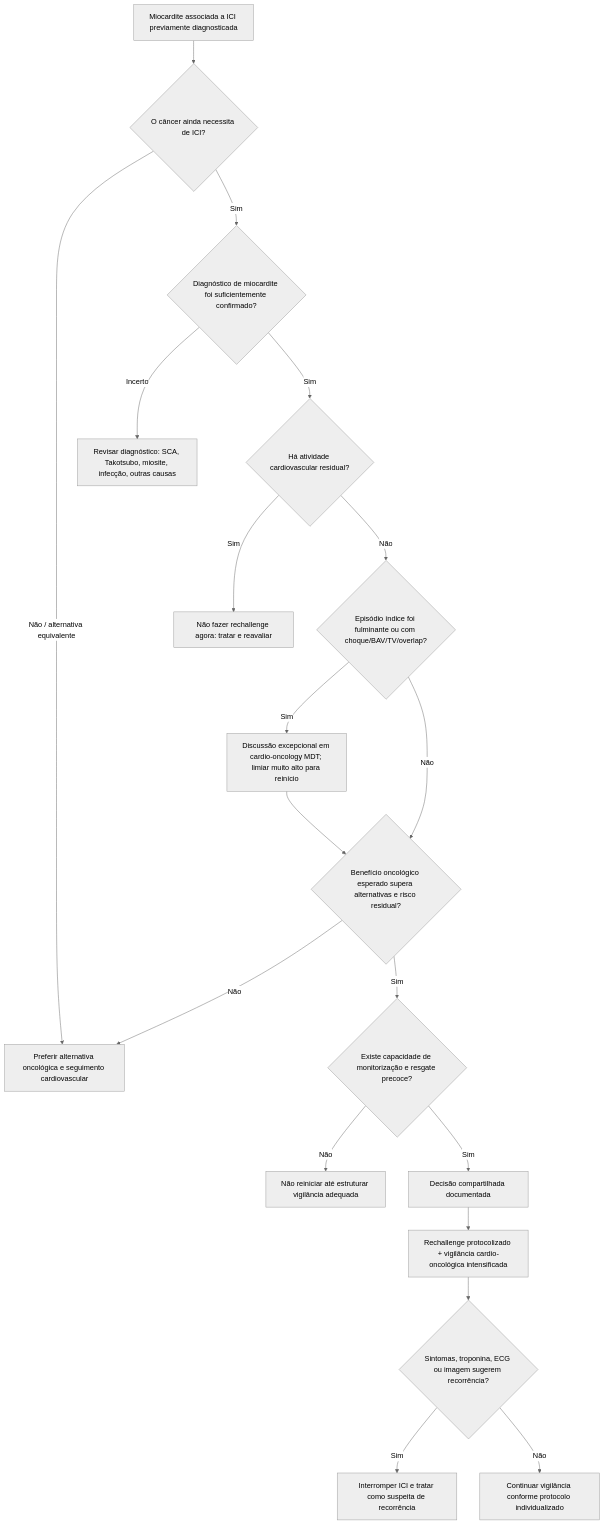
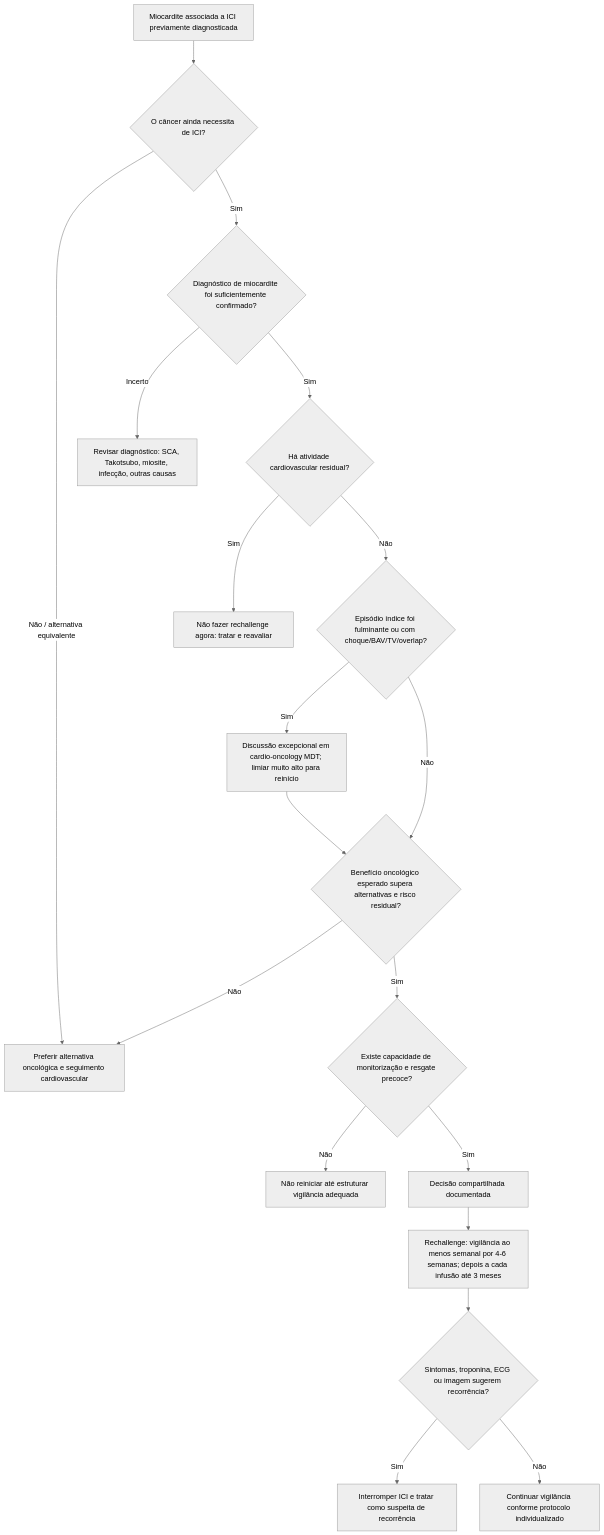
One commit to rafaelpaesmeirelles/MeuCardio changed the diagram in content/Cardio-oncologia/rechallenge-de-ici-apos-miocardite-framework-jacc-cardio-oncology-2026.md. Above: the diagram before and after it, drawn with Mermaid (neutral theme). The commit also changed other lines of this file and 26 other files, not shown here.

````diff
--- a/content/Cardio-oncologia/rechallenge-de-ici-apos-miocardite-framework-jacc-cardio-oncology-2026.md
+++ b/content/Cardio-oncologia/rechallenge-de-ici-apos-miocardite-framework-jacc-cardio-oncology-2026.md
@@ -84,21 +101,21 @@
 ```mermaid
 flowchart TD
     A[Miocardite associada a ICI previamente diagnosticada] --> B{O câncer ainda necessita de ICI?}
     B -- Não / alternativa equivalente --> C[Preferir alternativa oncológica e seguimento cardiovascular]
     B -- Sim --> D{Diagnóstico de miocardite foi suficientemente confirmado?}
     D -- Incerto --> E[Revisar diagnóstico: SCA, Takotsubo, miosite, infecção, outras causas]
     D -- Sim --> F{Há atividade cardiovascular residual?}
     F -- Sim --> G[Não fazer rechallenge agora: tratar e reavaliar]
     F -- Não --> H{Episódio índice foi fulminante ou com choque/BAV/TV/overlap?}
     H -- Sim --> I[Discussão excepcional em cardio-oncology MDT; limiar muito alto para reinício]
     H -- Não --> J{Benefício oncológico esperado supera alternativas e risco residual?}
     I --> J
     J -- Não --> C
     J -- Sim --> K{Existe capacidade de monitorização e resgate precoce?}
     K -- Não --> L[Não reiniciar até estruturar vigilância adequada]
     K -- Sim --> M[Decisão compartilhada documentada]
-    M --> N[Rechallenge protocolizado + vigilância cardio-oncológica intensificada]
+    M --> N[Rechallenge: vigilância ao menos semanal por 4-6 semanas; depois a cada infusão até 3 meses]
     N --> O{Sintomas, troponina, ECG ou imagem sugerem recorrência?}
     O -- Sim --> P[Interromper ICI e tratar como suspeita de recorrência]
     O -- Não --> Q[Continuar vigilância conforme protocolo individualizado]
 ```
````
